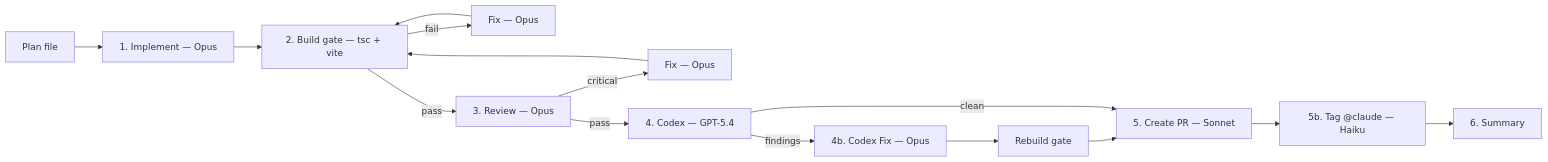
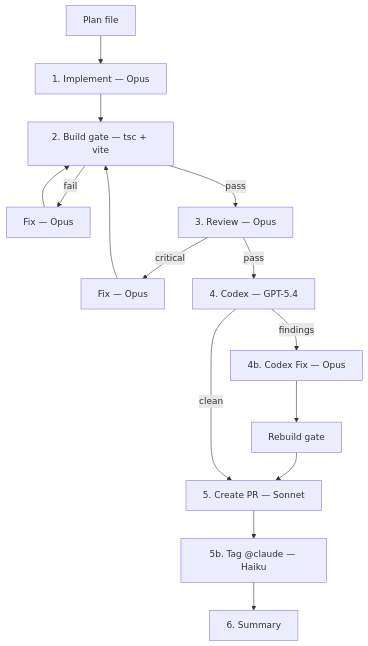
The first of 3 diagrams in README.md (ilsantino/iago-os), drawn with Mermaid before and after one commit.

Commit message:
docs: switch local pipeline diagram to vertical layout
Easier to read now that the pipeline has 7+ nodes.

````diff
--- a/README.md
+++ b/README.md
@@ -116,17 +116,17 @@
 ```mermaid
-flowchart LR
+flowchart TD
     Plan[Plan file] --> Impl[1. Implement — Opus]
     Impl --> Build[2. Build gate — tsc + vite]
     Build -->|fail| Fix[Fix — Opus]
     Fix --> Build
     Build -->|pass| Review[3. Review — Opus]
     Review -->|critical| Fix2[Fix — Opus]
     Fix2 --> Build
     Review -->|pass| Codex[4. Codex — GPT-5.4]
     Codex -->|findings| CdxFix[4b. Codex Fix — Opus]
-    CdxFix --> Build2[Rebuild gate]
-    Build2 --> PR[5. Create PR — Sonnet]
+    CdxFix --> Rebuild[Rebuild gate]
+    Rebuild --> PR[5. Create PR — Sonnet]
     Codex -->|clean| PR
     PR --> Tag[5b. Tag @claude — Haiku]
     Tag --> Summary[6. Summary]
 ```
````
